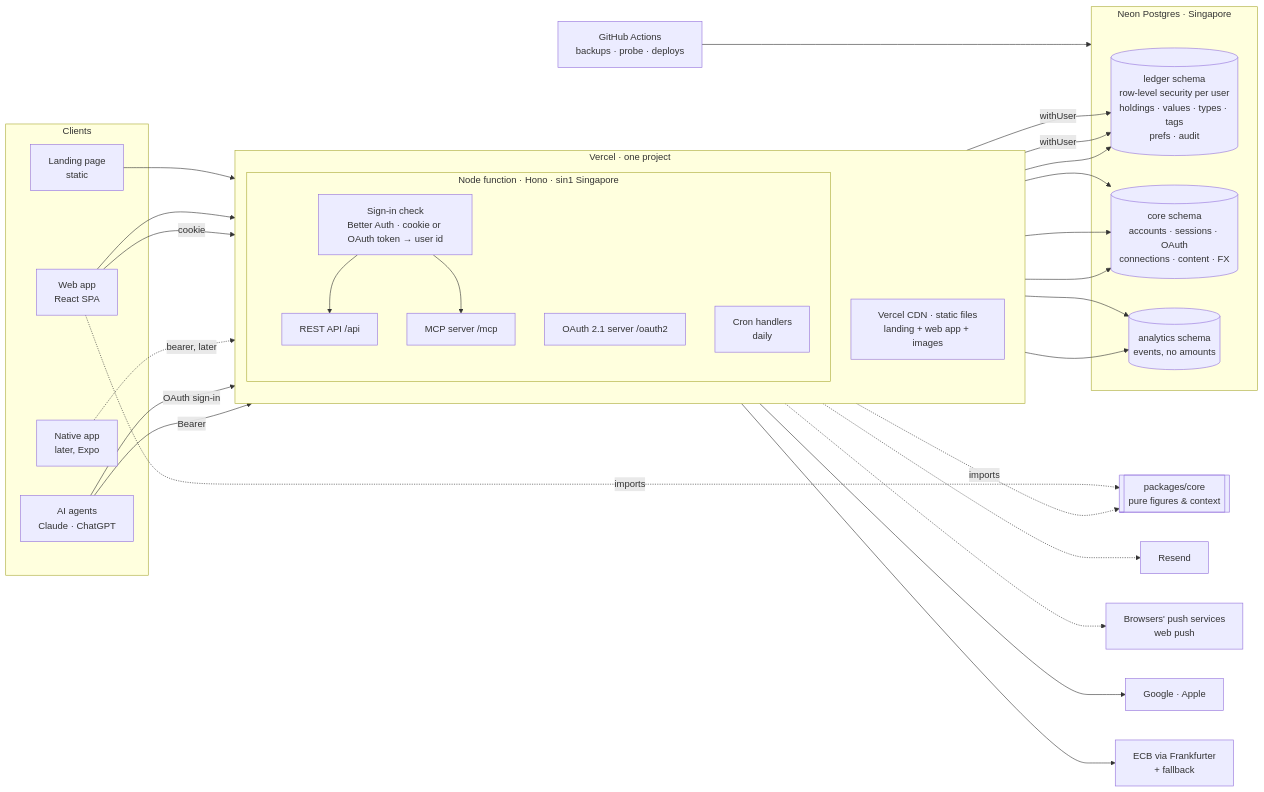
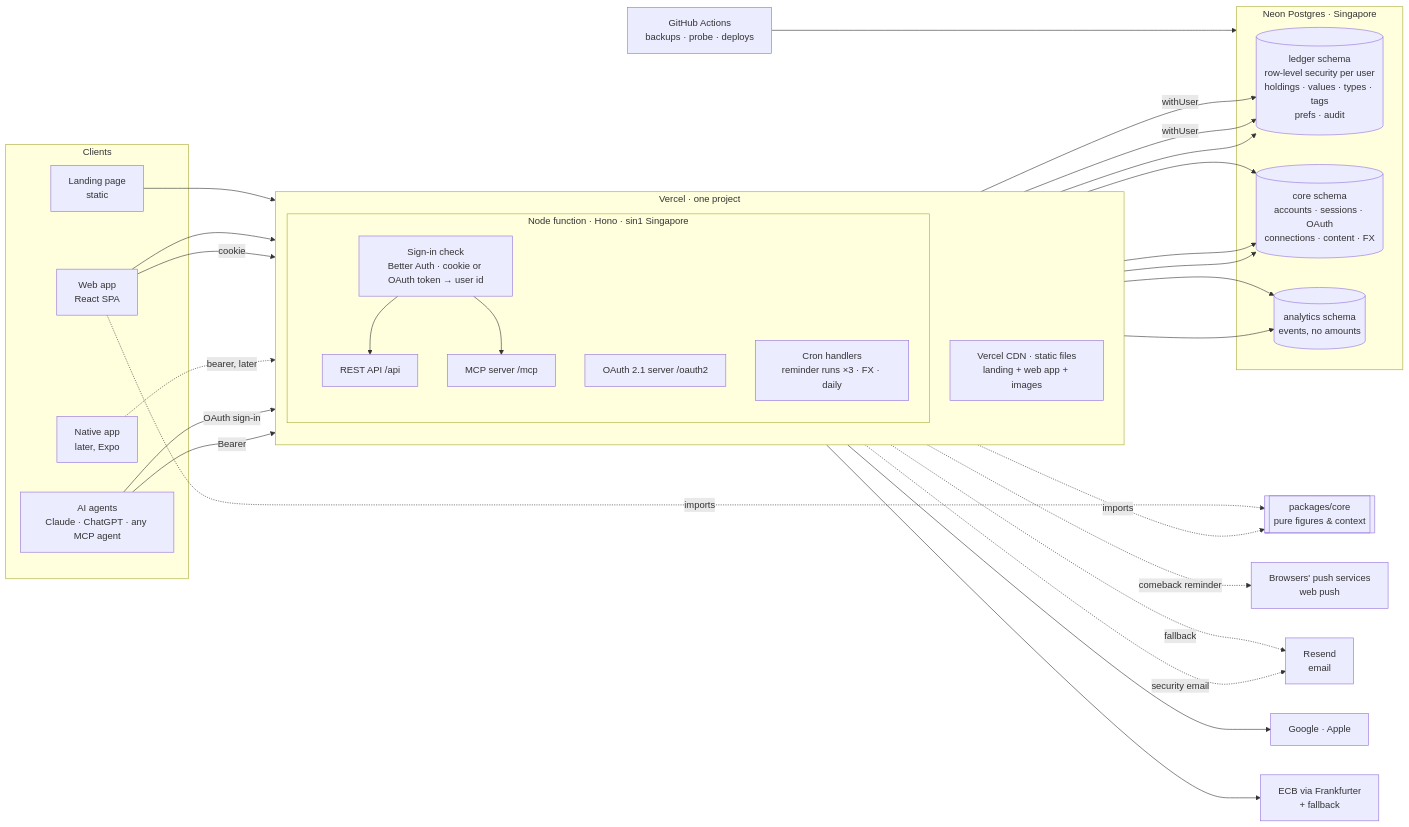
Before and after one commit to terrence0488/netnet: the first of 3 diagrams in docs/03-architecture.md, drawn with Mermaid. The commit also changed other lines of this file and 3 other files, not shown here.

First line of the commit message:
Docs: architecture revised for the comeback reminder

````diff
--- a/docs/03-architecture.md
+++ b/docs/03-architecture.md
@@ -117,51 +130,52 @@
 ```mermaid
 flowchart LR
   subgraph clients[Clients]
     LP[Landing page<br/>static]
     WEB[Web app<br/>React SPA]
-    AG[AI agents<br/>Claude · ChatGPT]
+    AG[AI agents<br/>Claude · ChatGPT · any MCP agent]
     NAT[Native app<br/>later, Expo]
   end
 
   subgraph vercel[Vercel · one project]
     direction TB
     STATIC[Vercel CDN · static files<br/>landing + web app + images]
     subgraph fn[Node function · Hono · sin1 Singapore]
       GATE[Sign-in check<br/>Better Auth · cookie or OAuth token → user id]
       API[REST API /api]
       AS[OAuth 2.1 server /oauth2]
       MCP[MCP server /mcp]
-      CRON[Cron handlers<br/>daily]
+      CRON[Cron handlers<br/>reminder runs ×3 · FX · daily]
     end
   end
 
   subgraph neon[Neon Postgres · Singapore]
     LEDGER[(ledger schema<br/>row-level security per user<br/>holdings · values · types · tags<br/>prefs · audit)]
     CORE[(core schema<br/>accounts · sessions · OAuth<br/>connections · content · FX)]
     EV[(analytics schema<br/>events, no amounts)]
   end
 
   GH[GitHub Actions<br/>backups · probe · deploys]
   PKG[[packages/core<br/>pure figures & context]]
 
   LP --> STATIC
   WEB --> STATIC
   WEB -->|cookie| GATE
   NAT -.->|bearer, later| GATE
   AG -->|OAuth sign-in| AS
   AG -->|Bearer| GATE
   GATE --> API & MCP
   API -->|withUser| LEDGER
   MCP -->|withUser| LEDGER
   GATE --> CORE
   AS --> CORE
   API & MCP --> EV
   CRON --> CORE & LEDGER
   GH --> neon
-  CRON -.-> MAIL[Resend]
-  CRON -.-> PUSH[Browsers' push services<br/>web push]
+  CRON -.->|comeback reminder| PUSH[Browsers' push services<br/>web push]
+  CRON -.->|fallback| MAIL[Resend<br/>email]
+  AS -.->|security email| MAIL
   GATE --> IDP[Google · Apple]
   CRON --> FX[ECB via Frankfurter<br/>+ fallback]
   WEB -.imports.-> PKG
   fn -.imports.-> PKG
 ```
````
